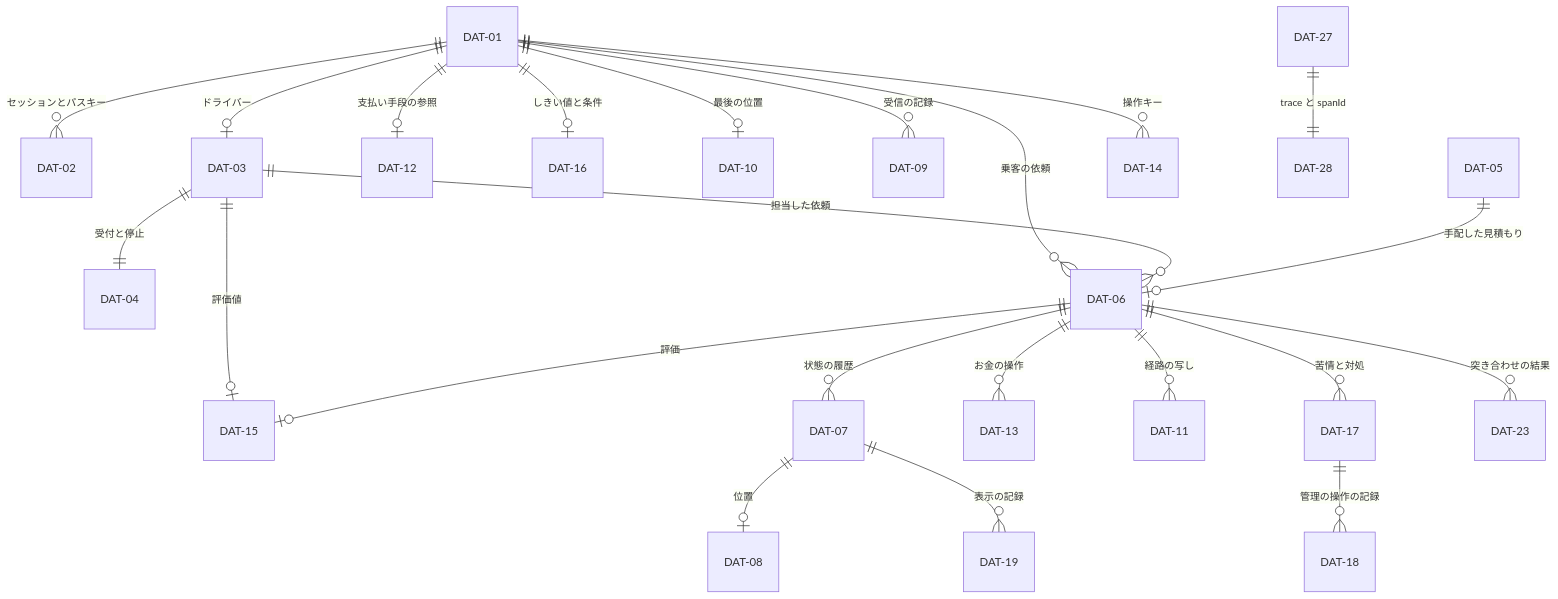
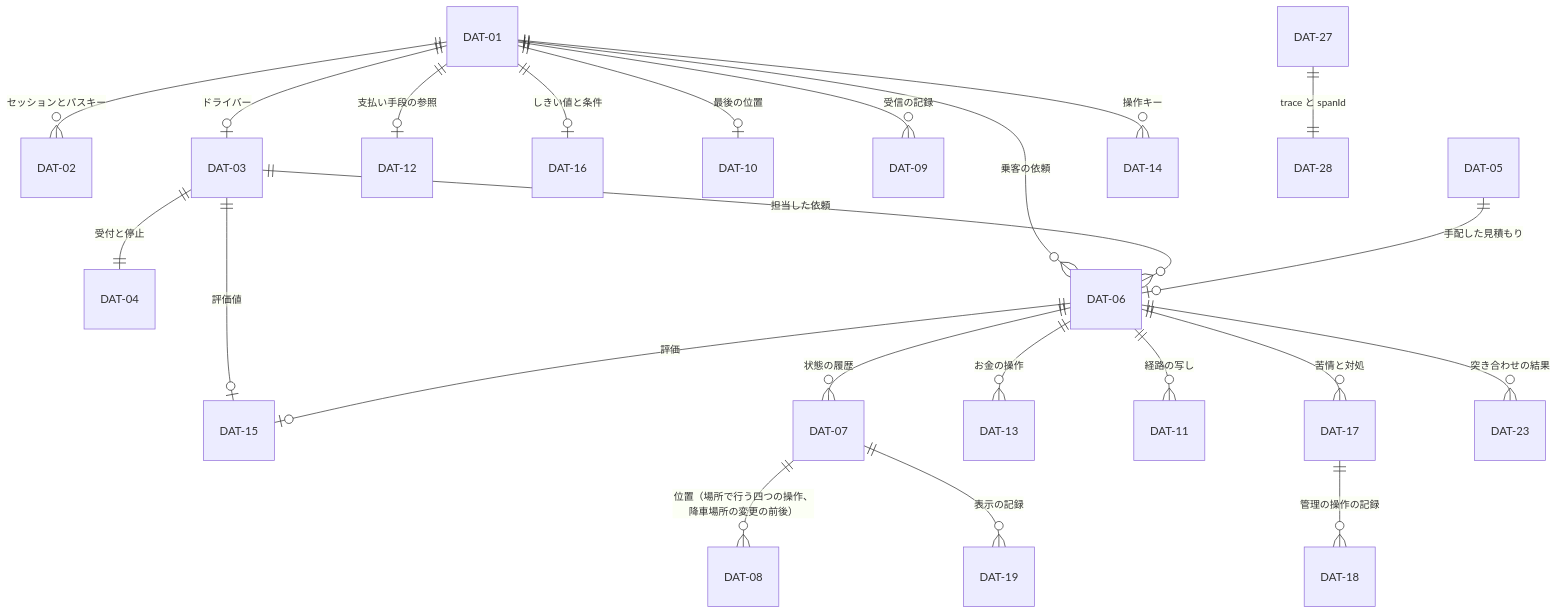
Before and after one commit to Taro000/ride-hailing-app-demo: diagram 33 of 44 in docs/design/3-high-level-design.md, drawn with Mermaid. The commit also changed other lines of this file and 92 other files, not shown here.

First line of the commit message:
architecture-to-high-level-design 再実行: 指摘 FND-30〜43・45〜48 を受け入れ、第 2 段階と品質チェーンの再実行に追随する

````diff
--- a/docs/design/3-high-level-design.md
+++ b/docs/design/3-high-level-design.md
@@ -1514,25 +1794,25 @@
 ```mermaid
 erDiagram
   DAT-01 ||--o{ DAT-02 : "セッションとパスキー"
   DAT-01 ||--o| DAT-03 : "ドライバー"
   DAT-01 ||--o| DAT-12 : "支払い手段の参照"
   DAT-01 ||--o| DAT-16 : "しきい値と条件"
   DAT-01 ||--o| DAT-10 : "最後の位置"
   DAT-01 ||--o{ DAT-09 : "受信の記録"
   DAT-03 ||--|| DAT-04 : "受付と停止"
   DAT-03 ||--o| DAT-15 : "評価値"
   DAT-01 ||--o{ DAT-06 : "乗客の依頼"
   DAT-03 ||--o{ DAT-06 : "担当した依頼"
   DAT-05 ||--o| DAT-06 : "手配した見積もり"
   DAT-06 ||--o{ DAT-07 : "状態の履歴"
-  DAT-07 ||--o| DAT-08 : "位置"
+  DAT-07 ||--o{ DAT-08 : "位置（場所で行う四つの操作、降車場所の変更の前後）"
   DAT-06 ||--o{ DAT-13 : "お金の操作"
   DAT-06 ||--o{ DAT-11 : "経路の写し"
   DAT-06 ||--o| DAT-15 : "評価"
   DAT-06 ||--o{ DAT-17 : "苦情と対処"
   DAT-17 ||--o{ DAT-18 : "管理の操作の記録"
   DAT-07 ||--o{ DAT-19 : "表示の記録"
   DAT-06 ||--o{ DAT-23 : "突き合わせの結果"
   DAT-01 ||--o{ DAT-14 : "操作キー"
   DAT-27 ||--|| DAT-28 : "trace と spanId"
 ```
````
